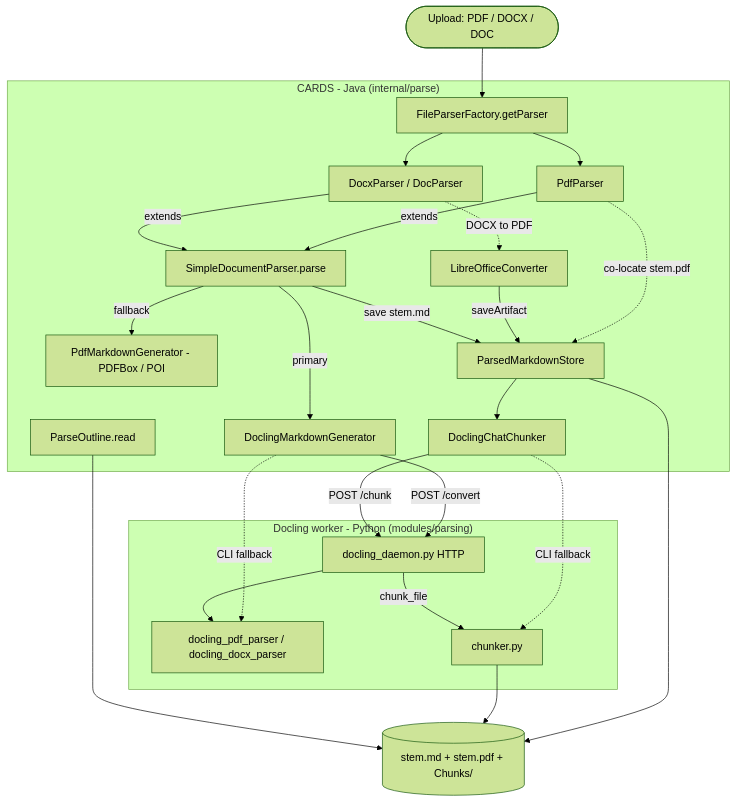
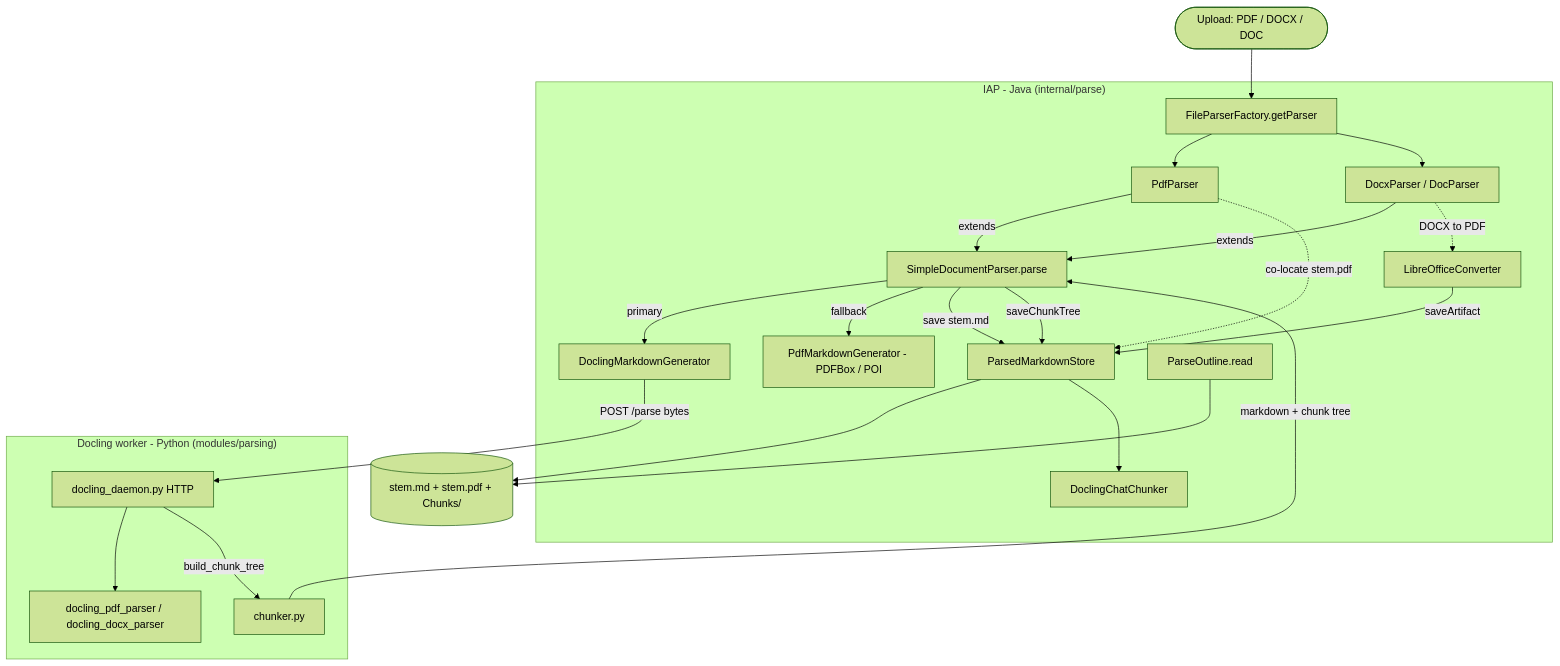
The first of 3 diagrams in Utilities/Parsing/prompts/PARSING_PIPELINE.md (data-team-uhn/cards), drawn with Mermaid (forest theme) before and after one commit. The commit also changed other lines of this file and 17 other files, not shown here.

First line of the commit message:
[parsing] Move parsing to POST /parse and drop the local-Python fallback

````diff
--- a/Utilities/Parsing/prompts/PARSING_PIPELINE.md
+++ b/Utilities/Parsing/prompts/PARSING_PIPELINE.md
@@ -18,47 +15,45 @@
 ```mermaid
 flowchart TB
     U(["Upload: PDF / DOCX / DOC"])
 
-    subgraph Java["CARDS - Java (internal/parse)"]
+    subgraph Java["IAP - Java (internal/parse)"]
         FPF["FileParserFactory.getParser"]
         SDP["SimpleDocumentParser.parse"]
         PP["PdfParser"]
         DXP["DocxParser / DocParser"]
         DMG["DoclingMarkdownGenerator"]
         PBX["PdfMarkdownGenerator - PDFBox / POI"]
         LOC["LibreOfficeConverter"]
         PMS["ParsedMarkdownStore"]
         DCC["DoclingChatChunker"]
         PO["ParseOutline.read"]
     end
 
     subgraph Py["Docling worker - Python (modules/parsing)"]
         DAEMON["docling_daemon.py HTTP"]
         GEN["docling_pdf_parser / docling_docx_parser"]
         CF["chunker.py"]
     end
 
     ART[("stem.md + stem.pdf + Chunks/")]
 
     U --> FPF
     FPF --> PP
     FPF --> DXP
     PP -->|extends| SDP
     DXP -->|extends| SDP
     SDP -->|primary| DMG
     SDP -->|fallback| PBX
     PP -.->|co-locate stem.pdf| PMS
     DXP -.->|DOCX to PDF| LOC
     LOC -->|saveArtifact| PMS
-    DMG -->|POST /convert| DAEMON
-    DMG -.->|CLI fallback| GEN
+    DMG -->|POST /parse bytes| DAEMON
     DAEMON --> GEN
+    DAEMON -->|build_chunk_tree| CF
+    CF -->|markdown + chunk tree| SDP
     SDP -->|save stem.md| PMS
+    SDP -->|saveChunkTree| PMS
     PMS --> ART
     PMS --> DCC
-    DCC -->|POST /chunk| DAEMON
-    DCC -.->|CLI fallback| CF
-    DAEMON -->|chunk_file| CF
-    CF --> ART
     PO --> ART
 ```
````
